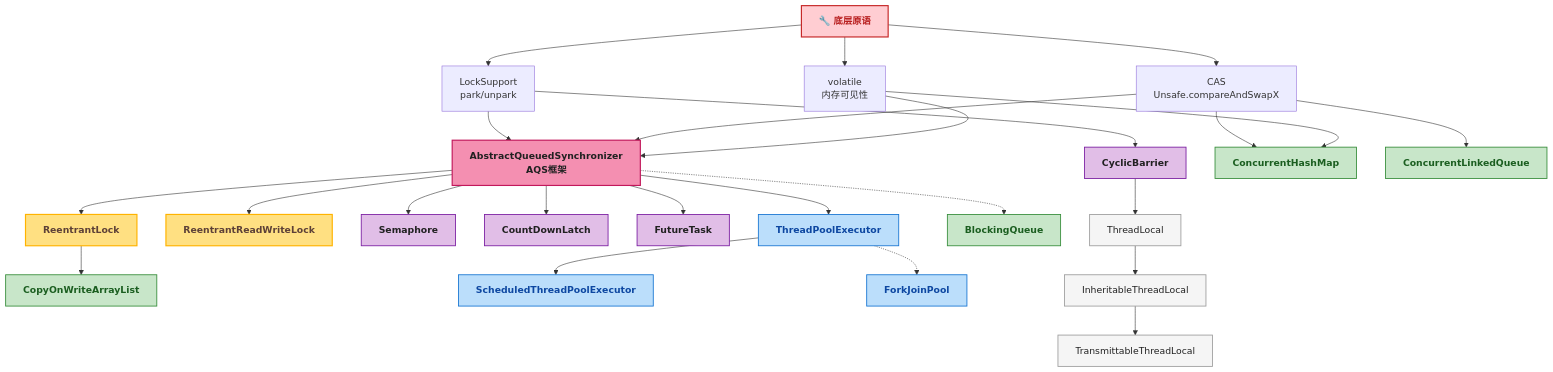
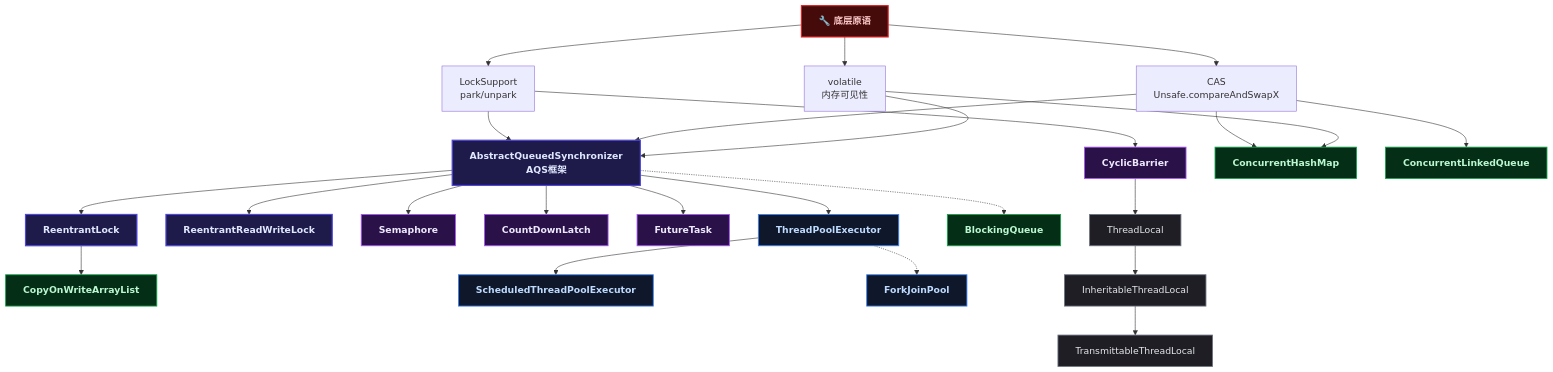
Before and after one commit to yaocat55/yaocat55.github.io: the first of 3 diagrams in content/posts/concurrency/JucSourceReadingGuide.md, drawn with Mermaid. The commit also changed other lines of this file and 155 other files, not shown here.

````diff
--- a/content/posts/concurrency/JucSourceReadingGuide.md
+++ b/content/posts/concurrency/JucSourceReadingGuide.md
@@ -45,51 +45,51 @@
 ```mermaid
 flowchart TD
-    classDef base fill:#FFCDD2,stroke:#C62828,stroke-width:2px,color:#B71C1C,font-weight:bold;
-    classDef core fill:#F48FB1,stroke:#C2185B,stroke-width:2px,color:#212121,font-weight:bold;
-    classDef lock fill:#FFE082,stroke:#FFB300,stroke-width:2px,color:#5D4037,font-weight:bold;
-    classDef sync fill:#E1BEE7,stroke:#7B1FA2,stroke-width:1.5px,color:#212121,font-weight:bold;
-    classDef coll fill:#C8E6C9,stroke:#388E3C,stroke-width:1.5px,color:#1B5E20,font-weight:bold;
-    classDef pool fill:#BBDEFB,stroke:#1976D2,stroke-width:1.5px,color:#0D47A1,font-weight:bold;
-    classDef tl fill:#F5F5F5,stroke:#9E9E9E,stroke-width:1.5px,color:#212121;
+classDef base fill:#450a0a,stroke:#dc2626,stroke-width:2px,color:#fecaca,font-weight:bold;
+classDef core fill:#1e1b4b,stroke:#4f46e5,stroke-width:2px,color:#e0e7ff,font-weight:bold;
+classDef lock fill:#1e1b4b,stroke:#4f46e5,stroke-width:2px,color:#e0e7ff,font-weight:bold;
+classDef sync fill:#2a1147,stroke:#a855f7,stroke-width:1.5px,color:#ede9fe,font-weight:bold;
+classDef coll fill:#052e16,stroke:#16a34a,stroke-width:1.5px,color:#bbf7d0,font-weight:bold;
+classDef pool fill:#0f172a,stroke:#3b82f6,stroke-width:1.5px,color:#bfdbfe,font-weight:bold;
+classDef tl fill:#1e1e24,stroke:#6b7280,stroke-width:1.5px,color:#e5e7eb;
 
     BASE[🔧 底层原语]
     BASE --> CAS[CAS\nUnsafe.compareAndSwapX]
     BASE --> VOL[volatile\n内存可见性]
     BASE --> PARK[LockSupport\npark/unpark]
 
     PARK --> AQS[AbstractQueuedSynchronizer\nAQS框架]
     CAS --> AQS
     VOL --> AQS
 
     AQS --> RL[ReentrantLock]
     AQS --> RW[ReentrantReadWriteLock]
     AQS --> SEM[Semaphore]
     AQS --> CDL[CountDownLatch]
     AQS --> FUT[FutureTask]
     AQS --> TPE[ThreadPoolExecutor]
 
     PARK --> CB[CyclicBarrier]
 
     CAS --> CHM[ConcurrentHashMap]
     CAS --> CLQ[ConcurrentLinkedQueue]
     VOL --> CHM
 
     RL --> COW[CopyOnWriteArrayList]
 
     AQS -.-> BQ[BlockingQueue]
 
     TPE --> STPE[ScheduledThreadPoolExecutor]
     TPE -.-> FJP[ForkJoinPool]
 
     CB --> TL[ThreadLocal]
     TL --> ITL[InheritableThreadLocal]
     ITL --> TTL_CLASS[TransmittableThreadLocal]
 
     class BASE base;
     class AQS core;
     class RL,RW lock;
     class SEM,CDL,CB,FUT sync;
     class CHM,CLQ,COW,BQ coll;
     class TPE,STPE,FJP pool;
     class TL,ITL,TTL_CLASS tl;
 ```
````
